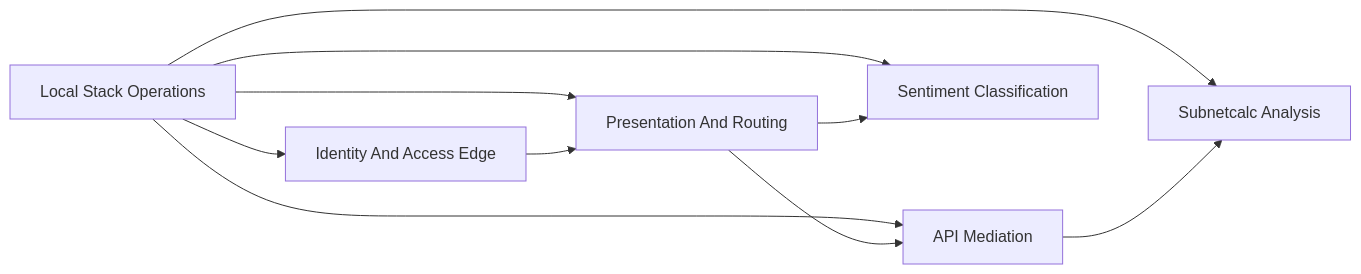
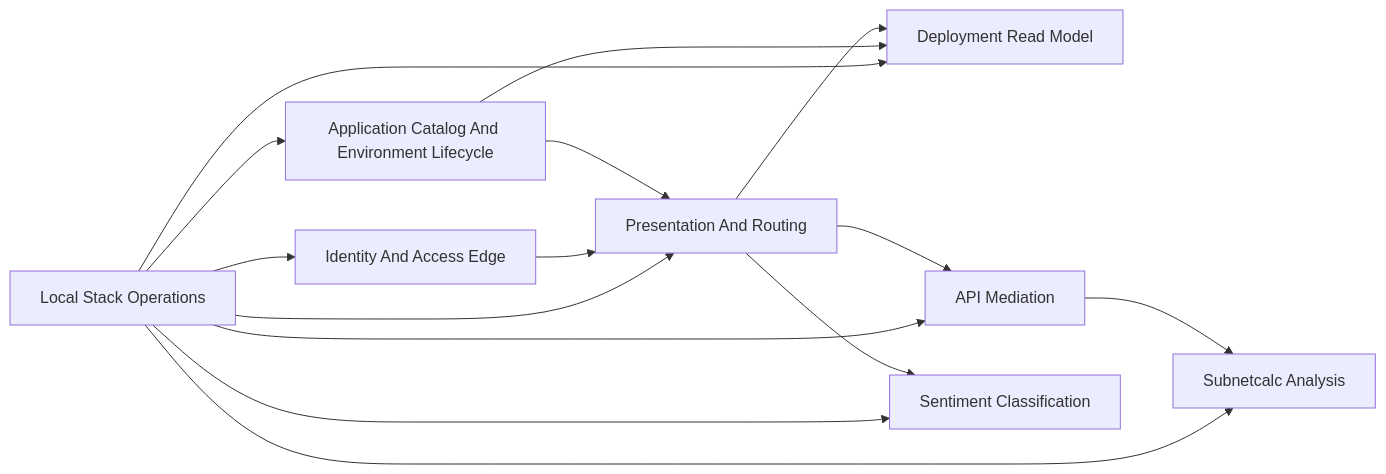
The diagram in docs/ddd/context-map.md (nickromney/platform), drawn with Mermaid before and after one commit. The commit also changed other lines of this file and 112 other files, not shown here.

````diff
--- a/docs/ddd/context-map.md
+++ b/docs/ddd/context-map.md
@@ -11,20 +11,27 @@
 ```mermaid
 flowchart LR
     StackOps["Local Stack Operations"]
     Identity["Identity And Access Edge"]
     Presentation["Presentation And Routing"]
+    Catalog["Application Catalog And Environment Lifecycle"]
+    ReadModel["Deployment Read Model"]
     APIM["API Mediation"]
     Subnet["Subnetcalc Analysis"]
     Sentiment["Sentiment Classification"]
 
     StackOps --> Identity
     StackOps --> Presentation
+    StackOps --> Catalog
+    StackOps --> ReadModel
     StackOps --> APIM
     StackOps --> Subnet
     StackOps --> Sentiment
 
     Identity --> Presentation
+    Catalog --> Presentation
+    Catalog --> ReadModel
     Presentation --> APIM
+    Presentation --> ReadModel
     APIM --> Subnet
     Presentation --> Sentiment
 ```
````
